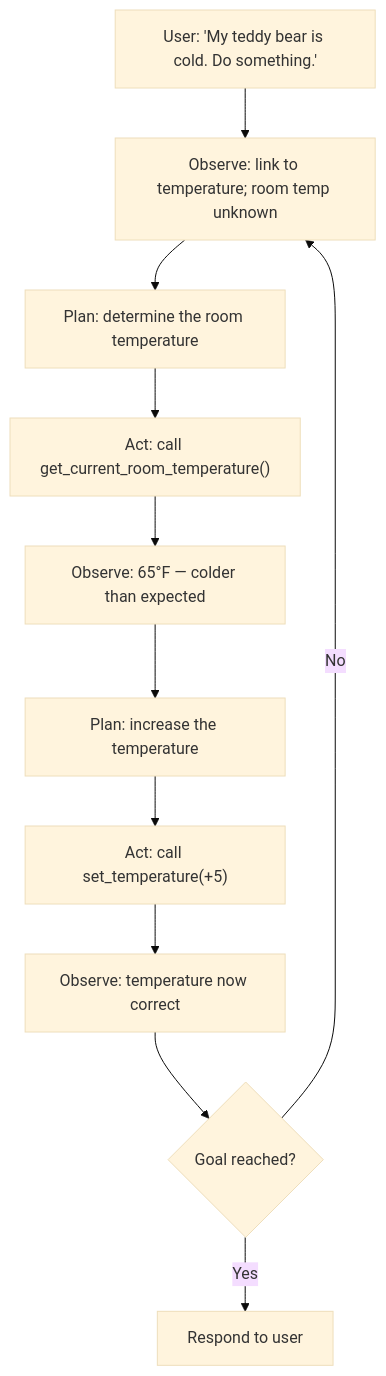
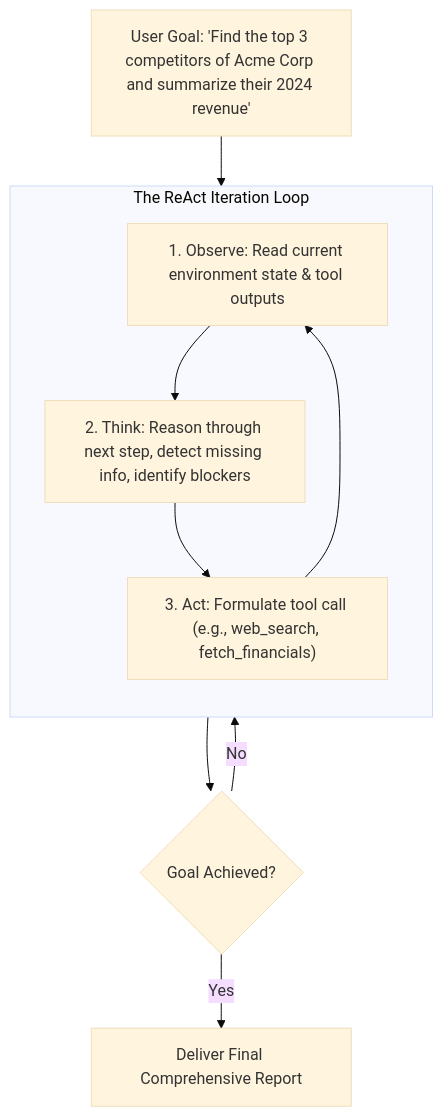
One commit to 1345AbhishekKumar/cs-cookbook changed the fifth of 6 diagrams in content/docs/ai-agents/agentic-ai/07-agentic-llms-rag-tools-mcp.mdx. Above: the diagram before and after it, drawn with Mermaid (base theme). The commit also changed other lines of this file and 299 other files, not shown here.

````diff
--- a/content/docs/ai-agents/agentic-ai/07-agentic-llms-rag-tools-mcp.mdx
+++ b/content/docs/ai-agents/agentic-ai/07-agentic-llms-rag-tools-mcp.mdx
@@ -190,13 +197,17 @@
 ```mermaid
 flowchart TD
-    U["User: 'My teddy bear is cold. Do something.'"] --> O1["Observe: link to temperature; room temp unknown"]
-    O1 --> P1["Plan: determine the room temperature"]
-    P1 --> A1["Act: call get_current_room_temperature()"]
-    A1 --> O2["Observe: 65°F — colder than expected"]
-    O2 --> P2["Plan: increase the temperature"]
-    P2 --> A2["Act: call set_temperature(+5)"]
-    A2 --> O3["Observe: temperature now correct"]
-    O3 --> Done{"Goal reached?"}
-    Done -->|Yes| Out["Respond to user"]
-    Done -->|No| O1
+    Goal["User Goal: 'Find the top 3 competitors of Acme Corp and summarize their 2024 revenue'"] --> Loop
+    
+    subgraph Loop["The ReAct Iteration Loop"]
+        direction TB
+        Obs["1. Observe: Read current environment state & tool outputs"]
+        Think["2. Think: Reason through next step, detect missing info, identify blockers"]
+        Act["3. Act: Formulate tool call (e.g., web_search, fetch_financials)"]
+        
+        Obs --> Think --> Act --> Obs
+    end
+
+    Loop --> Done{"Goal Achieved?"}
+    Done -->|"No"| Loop
+    Done -->|"Yes"| Output["Deliver Final Comprehensive Report"]
 ```
````
